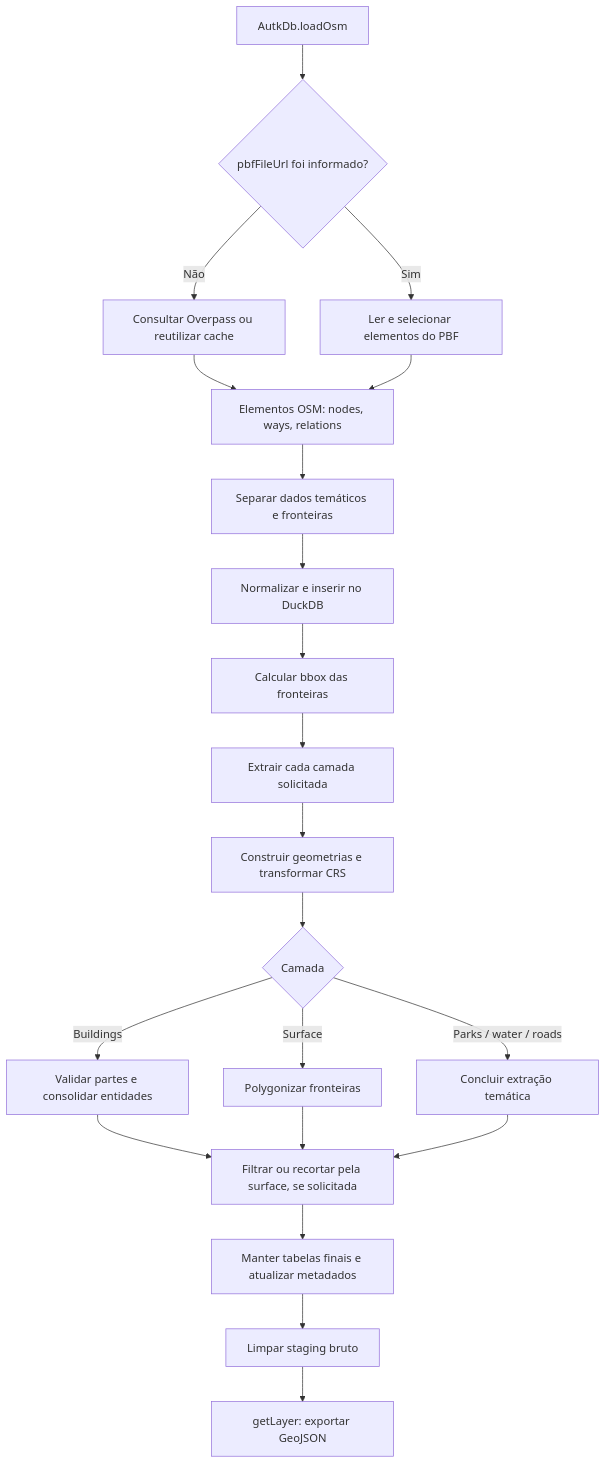
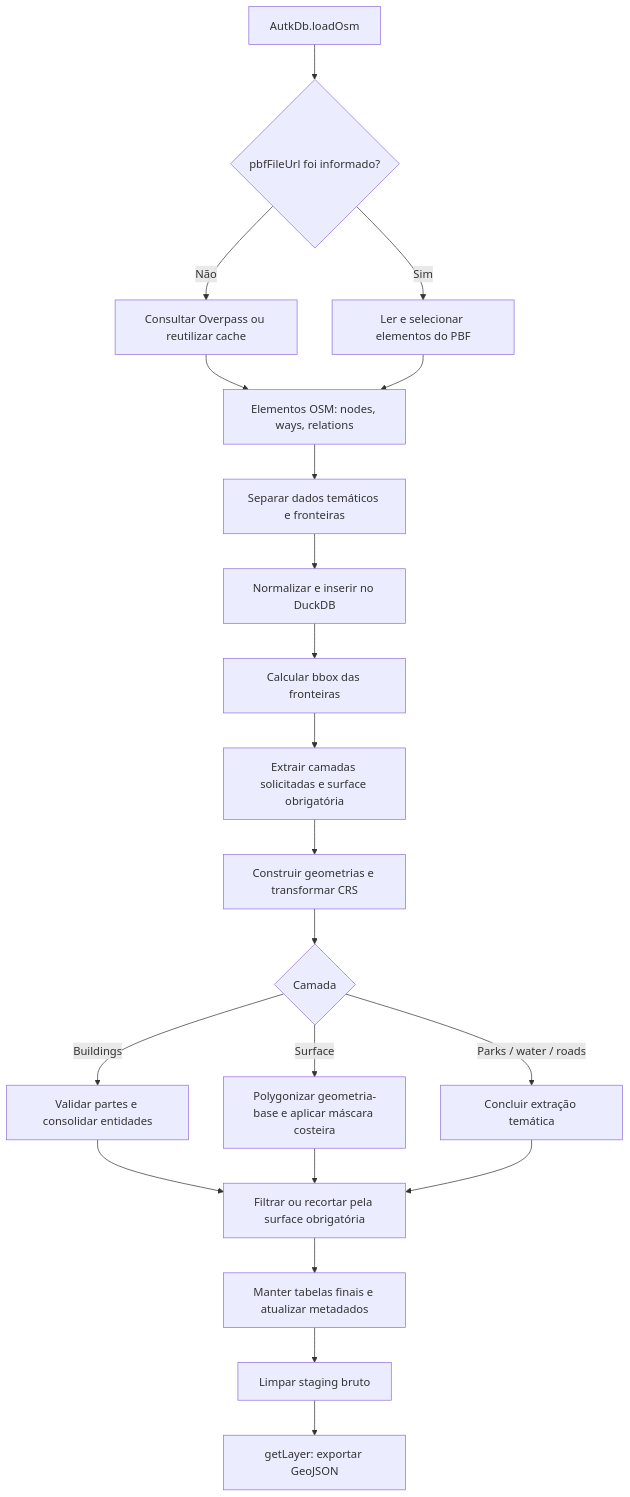
One commit to urban-toolkit/autark changed the first of 3 diagrams in .doc/OSM-IMPORTACAO.md. Above: the diagram before and after it, drawn with Mermaid. The commit also changed other lines of this file and 21 other files, not shown here.

````diff
--- a/.doc/OSM-IMPORTACAO.md
+++ b/.doc/OSM-IMPORTACAO.md
@@ -30,23 +30,23 @@
 ```mermaid
 flowchart TD
     A[AutkDb.loadOsm] --> B{pbfFileUrl foi informado?}
     B -->|Não| C[Consultar Overpass ou reutilizar cache]
     B -->|Sim| D[Ler e selecionar elementos do PBF]
     C --> E[Elementos OSM: nodes, ways, relations]
     D --> E
     E --> F[Separar dados temáticos e fronteiras]
     F --> G[Normalizar e inserir no DuckDB]
     G --> H[Calcular bbox das fronteiras]
-    H --> I[Extrair cada camada solicitada]
+    H --> I[Extrair camadas solicitadas e surface obrigatória]
     I --> J[Construir geometrias e transformar CRS]
     J --> K{Camada}
     K -->|Buildings| L[Validar partes e consolidar entidades]
-    K -->|Surface| M[Polygonizar fronteiras]
+    K -->|Surface| M[Polygonizar geometria-base e aplicar máscara costeira]
     K -->|Parks / water / roads| N[Concluir extração temática]
-    L --> O[Filtrar ou recortar pela surface, se solicitada]
+    L --> O[Filtrar ou recortar pela surface obrigatória]
     M --> O
     N --> O
     O --> P[Manter tabelas finais e atualizar metadados]
     P --> Q[Limpar staging bruto]
     Q --> R[getLayer: exportar GeoJSON]
 ```
````
